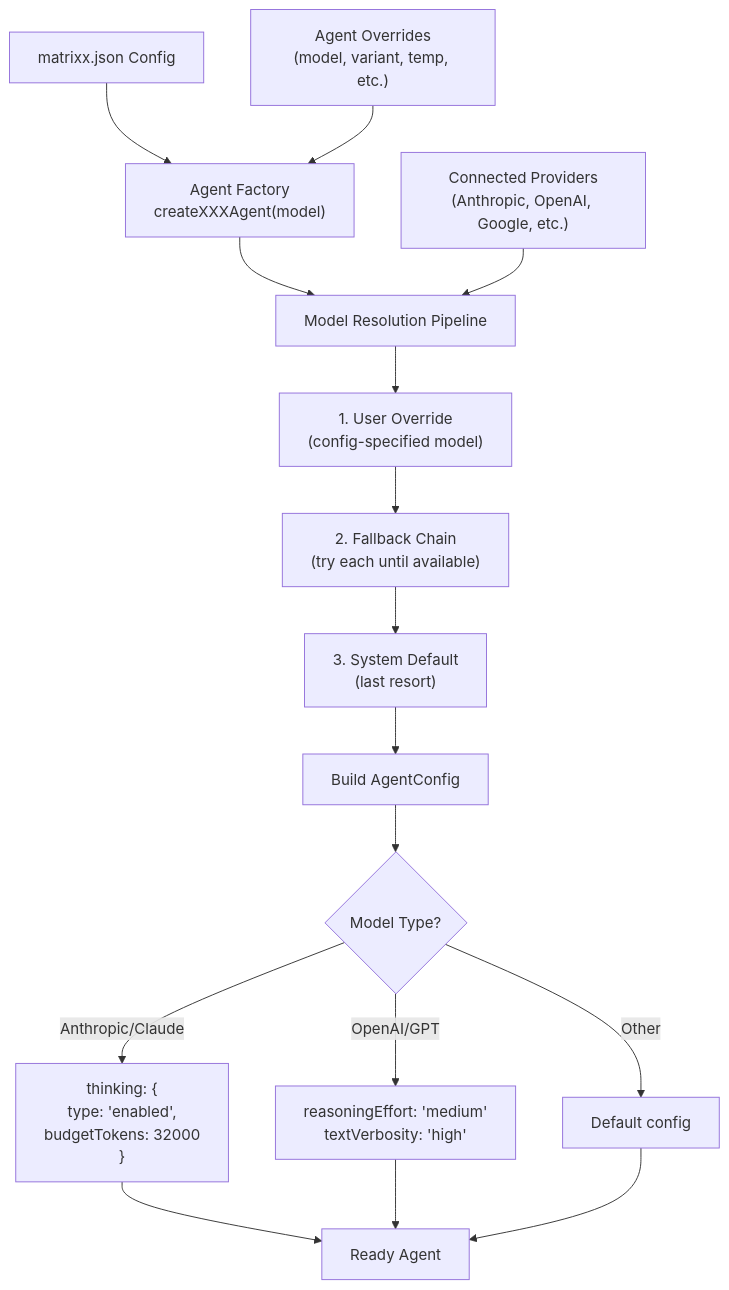
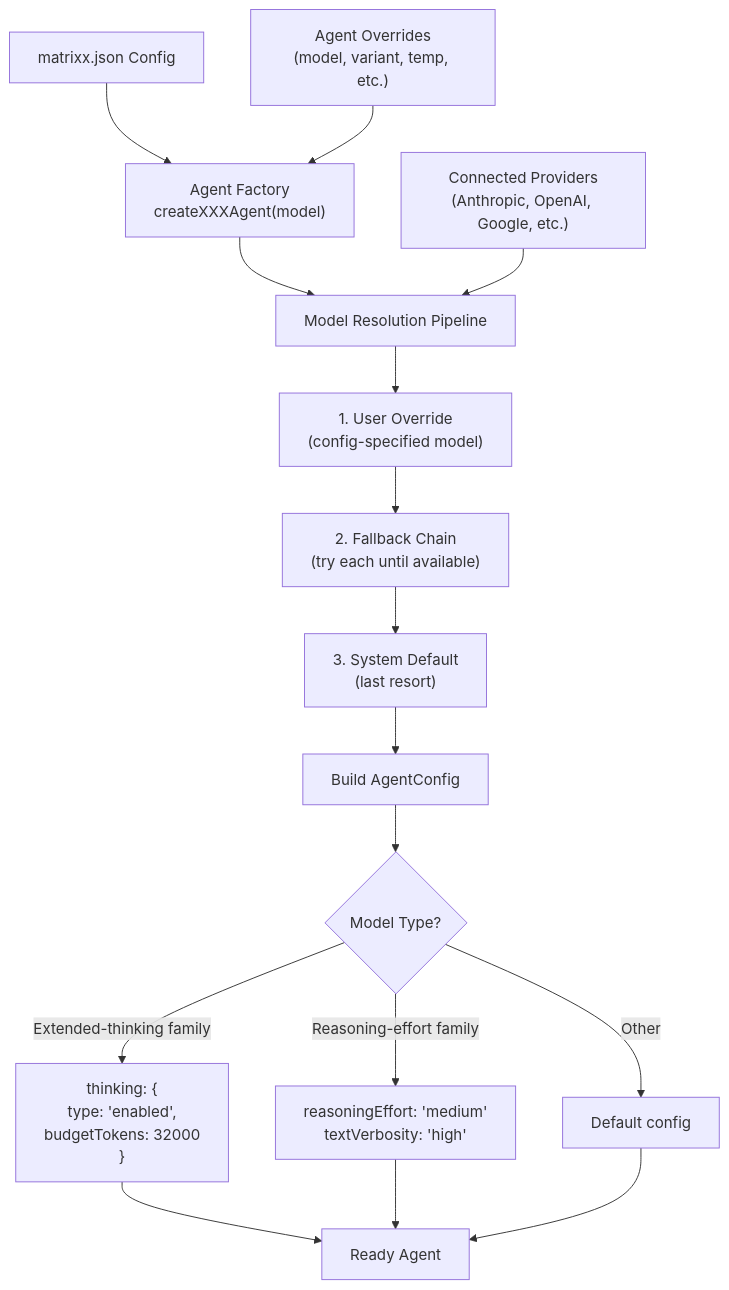
Before and after one commit to klpanagi/opencode-matrixx: the sixth of 7 diagrams in docs/agents.md, drawn with Mermaid. The commit also changed other lines of this file and 5 other files, not shown here.

````diff
--- a/docs/agents.md
+++ b/docs/agents.md
@@ -621,27 +623,27 @@
 ```mermaid
 flowchart TD
     CONFIG["matrixx.json Config"]
     OVERRIDES["Agent Overrides<br/>(model, variant, temp, etc.)"]
     PROVIDERS["Connected Providers<br/>(Anthropic, OpenAI, Google, etc.)"]
 
     CONFIG --> FACTORY["Agent Factory<br/>createXXXAgent(model)"]
     OVERRIDES --> FACTORY
 
     FACTORY --> RESOLVE["Model Resolution Pipeline"]
     PROVIDERS --> RESOLVE
 
     RESOLVE --> STEP1["1. User Override<br/>(config-specified model)"]
     STEP1 --> STEP2["2. Fallback Chain<br/>(try each until available)"]
     STEP2 --> STEP3["3. System Default<br/>(last resort)"]
 
     STEP3 --> BUILD["Build AgentConfig"]
 
     BUILD --> THINKING{"Model Type?"}
-    THINKING -->|"Anthropic/Claude"| ANT["thinking: {<br/>  type: 'enabled',<br/>  budgetTokens: 32000<br/>}"]
-    THINKING -->|"OpenAI/GPT"| GPT["reasoningEffort: 'medium'<br/>textVerbosity: 'high'"]
+    THINKING -->|"Extended-thinking family"| ANT["thinking: {<br/>  type: 'enabled',<br/>  budgetTokens: 32000<br/>}"]
+    THINKING -->|"Reasoning-effort family"| GPT["reasoningEffort: 'medium'<br/>textVerbosity: 'high'"]
     THINKING -->|"Other"| OTHER["Default config"]
 
     ANT --> AGENT["Ready Agent"]
     GPT --> AGENT
     OTHER --> AGENT
 ```
````
